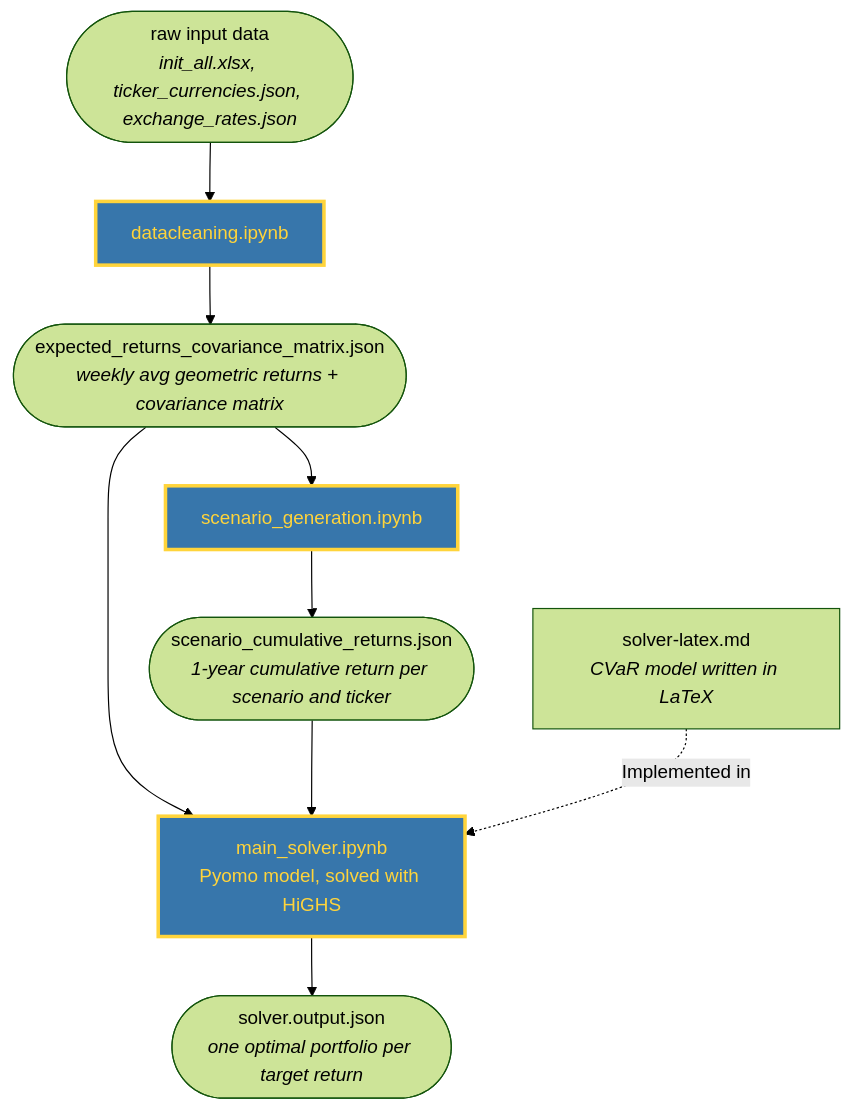
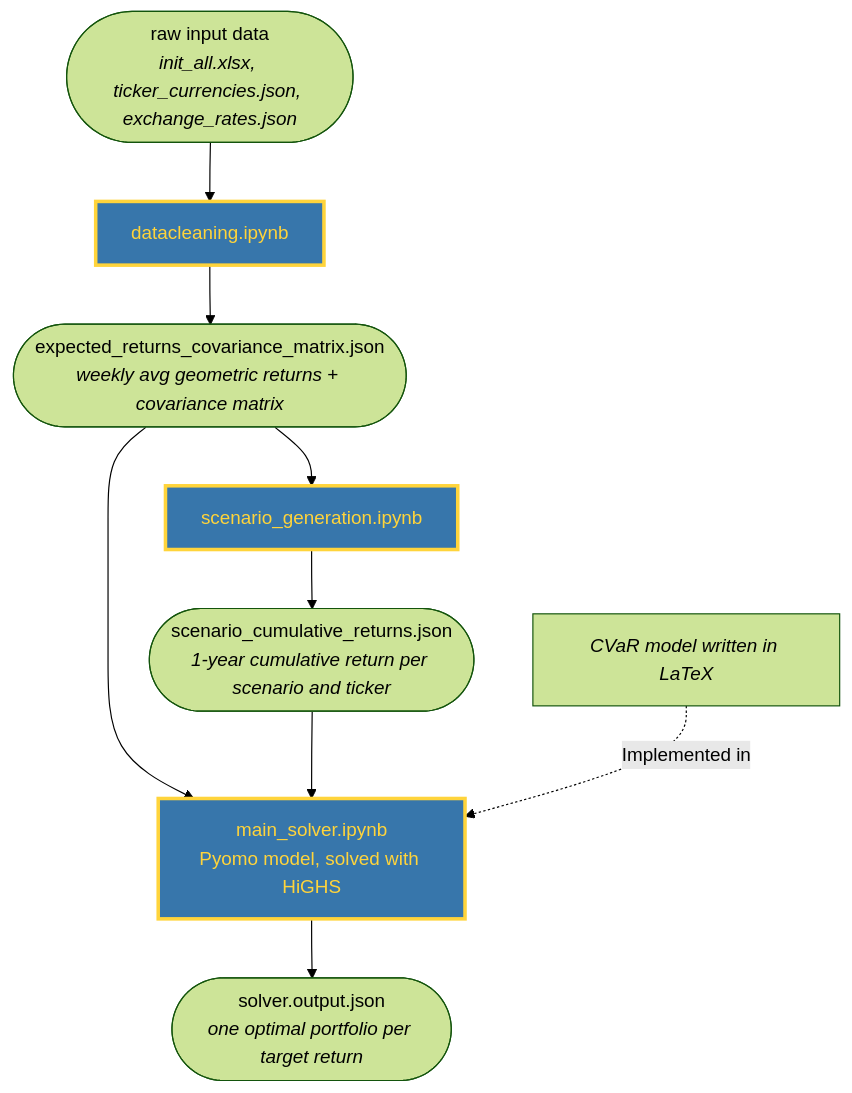
The diagram in main-assignment/intermediary-report.md (RavSeime/or-central-repo), drawn with Mermaid (forest theme) before and after one commit. The commit also changed other lines of this file and 1 other file, not shown here.

````diff
--- a/main-assignment/intermediary-report.md
+++ b/main-assignment/intermediary-report.md
@@ -24,27 +24,27 @@
 ```mermaid
 flowchart TD
 
 raw([raw input data<br><i>init_all.xlsx, ticker_currencies.json, exchange_rates.json</i>])
 
 clean[datacleaning.ipynb]:::python
 stats([expected_returns_covariance_matrix.json<br><i>weekly avg geometric returns + covariance matrix</i>])
 
 scen[scenario_generation.ipynb]:::python
 scen_out([scenario_cumulative_returns.json<br><i>1-year cumulative return per scenario and ticker</i>])
 
-latex[solver-latex.md<br><i>CVaR model written in LaTeX</i>]
+latex[<i>CVaR model written in LaTeX</i>]
 solver[main_solver.ipynb<br>Pyomo model, solved with HiGHS]:::python
 solver_out([solver.output.json<br><i>one optimal portfolio per target return</i>])
 
 
 raw --> clean
 clean --> stats
 stats --> scen
 scen --> scen_out
 stats --> solver
 scen_out --> solver
 latex -. "Implemented in" .-> solver
 solver --> solver_out
 
 classDef python fill:#3776AB,stroke:#FFD43B,stroke-width:3px,color:#FFD43B
 ```
````
